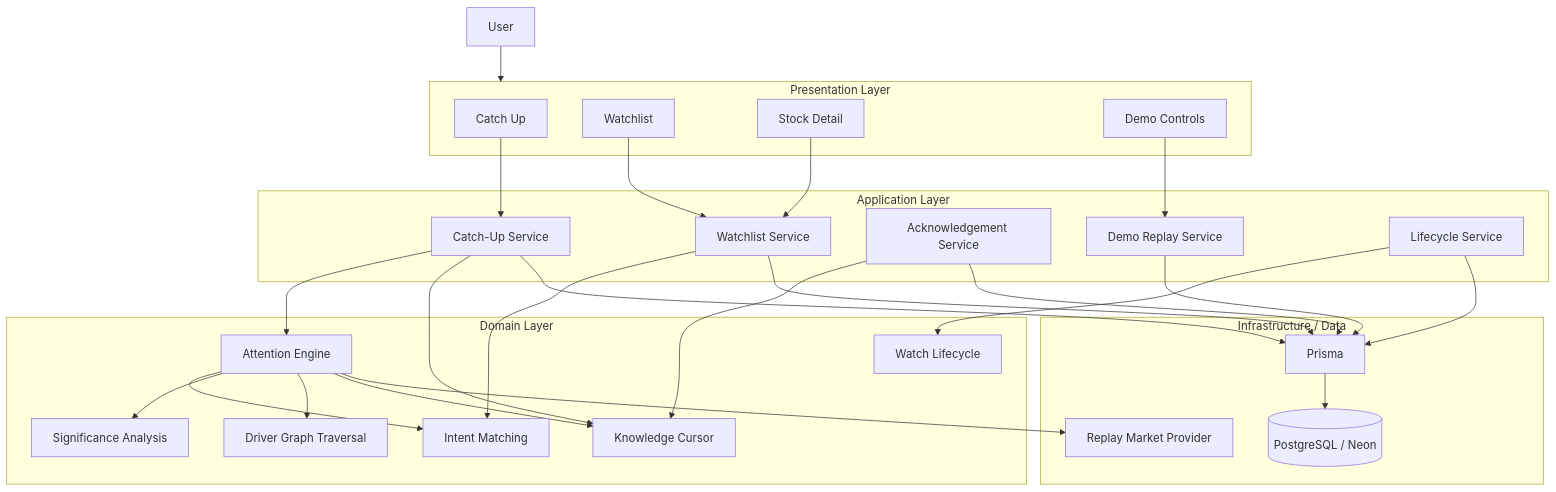
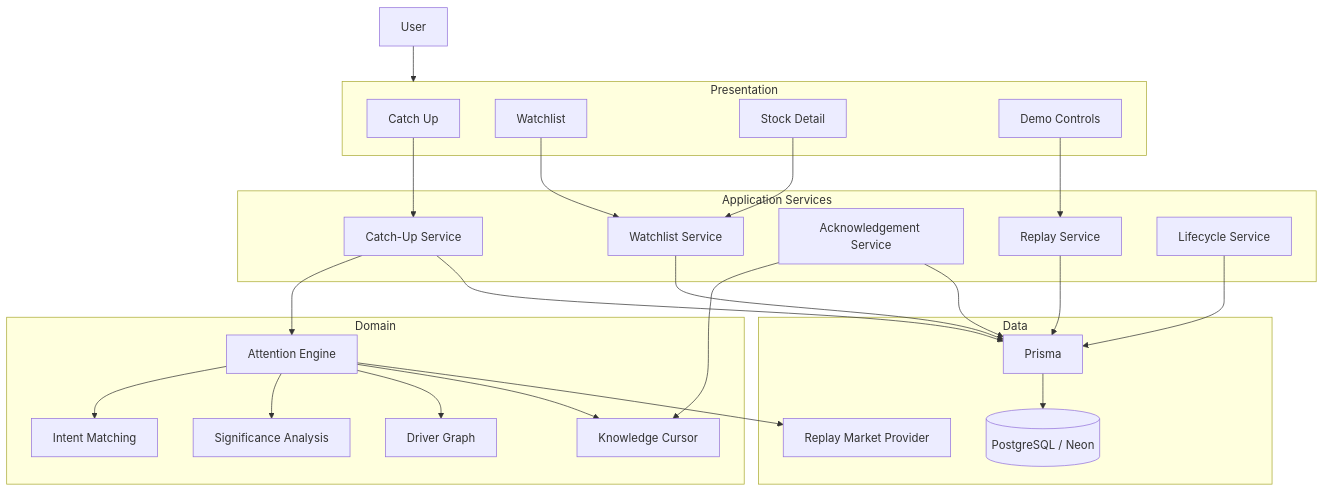
One commit to sneharc16/groww-delta changed the first of 2 diagrams in README.md. Above: the diagram before and after it, drawn with Mermaid. The commit also changed other lines of this file, not shown here.

````diff
--- a/README.md
+++ b/README.md
@@ -307,62 +50,58 @@
 ```mermaid
 flowchart TB
 
     U[User]
 
-    subgraph UI["Presentation Layer"]
+    subgraph UI["Presentation"]
         CU[Catch Up]
         WL[Watchlist]
         SD[Stock Detail]
         DEMO[Demo Controls]
     end
 
-    subgraph APP["Application Layer"]
+    subgraph APP["Application Services"]
         CS[Catch-Up Service]
         WS[Watchlist Service]
         AS[Acknowledgement Service]
-        DS[Demo Replay Service]
+        DS[Replay Service]
         LS[Lifecycle Service]
     end
 
-    subgraph DOMAIN["Domain Layer"]
+    subgraph DOMAIN["Domain"]
         AE[Attention Engine]
         IM[Intent Matching]
         KC[Knowledge Cursor]
-        DG[Driver Graph Traversal]
-        LC[Watch Lifecycle]
-        SIG[Significance Analysis]
+        DG[Driver Graph]
+        SG[Significance Analysis]
     end
 
-    subgraph DATA["Infrastructure / Data"]
+    subgraph DATA["Data"]
         RP[Replay Market Provider]
-        PRISMA[Prisma]
-        PG[(PostgreSQL / Neon)]
+        PR[Prisma]
+        DB[(PostgreSQL / Neon)]
     end
 
     U --> UI
 
     CU --> CS
     WL --> WS
     SD --> WS
     DEMO --> DS
 
     CS --> AE
-    CS --> KC
     AS --> KC
-    WS --> IM
-    LS --> LC
 
     AE --> IM
-    AE --> SIG
+    AE --> SG
     AE --> DG
     AE --> KC
     AE --> RP
 
-    CS --> PRISMA
-    WS --> PRISMA
-    AS --> PRISMA
-    LS --> PRISMA
-    DS --> PRISMA
+    CS --> PR
+    WS --> PR
+    AS --> PR
+    DS --> PR
+    LS --> PR
 
-    PRISMA --> PG
+    PR --> DB
 ```
````
